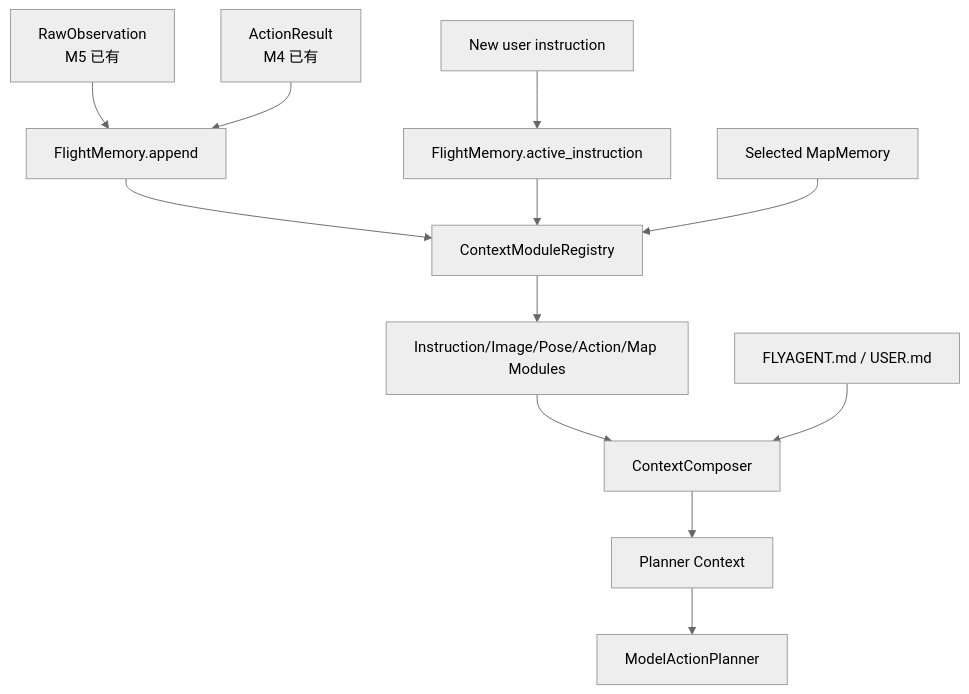
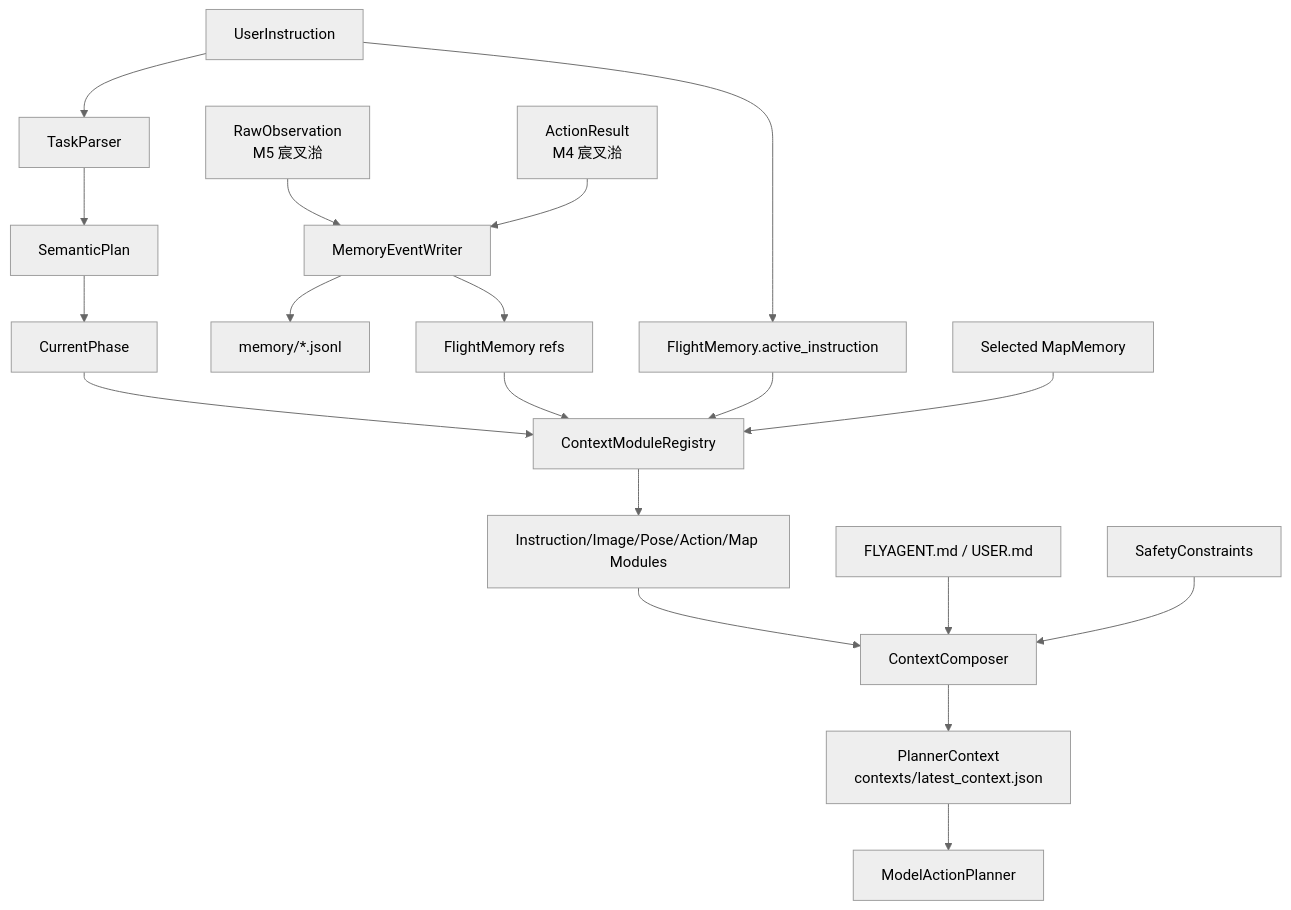
Before and after one commit to LZ6years/AeroPilot: the diagram in docs/memory_system/06_mvp_plan.md, drawn with Mermaid (neutral theme). The commit also changed other lines of this file and 92 other files, not shown here.

````diff
--- a/docs/memory_system/06_mvp_plan.md
+++ b/docs/memory_system/06_mvp_plan.md
@@ -40,14 +13,24 @@
 ```mermaid
 flowchart TD
-    A["RawObservation<br/>M5 已有"] --> B["FlightMemory.append"]
-    C["ActionResult<br/>M4 已有"] --> B
-    D["New user instruction"] --> E["FlightMemory.active_instruction"]
-    B --> F["ContextModuleRegistry"]
+    U["UserInstruction"] --> TP["TaskParser"]
+    TP --> SP["SemanticPlan"]
+    SP --> CP["CurrentPhase"]
+
+    A["RawObservation<br/>M5 宸叉湁"] --> W["MemoryEventWriter"]
+    C["ActionResult<br/>M4 宸叉湁"] --> W
+    W --> J1["memory/*.jsonl"]
+    W --> B["FlightMemory refs"]
+    U --> E["FlightMemory.active_instruction"]
+
+    CP --> F["ContextModuleRegistry"]
+    B --> F
     E --> F
     I["Selected MapMemory"] --> F
+
     F --> M1["Instruction/Image/Pose/Action/Map Modules"]
     M1 --> H["ContextComposer"]
     G["FLYAGENT.md / USER.md"] --> H
-    H --> J["Planner Context"]
+    S["SafetyConstraints"] --> H
+    H --> J["PlannerContext<br/>contexts/latest_context.json"]
     J --> K["ModelActionPlanner"]
 ```
````
